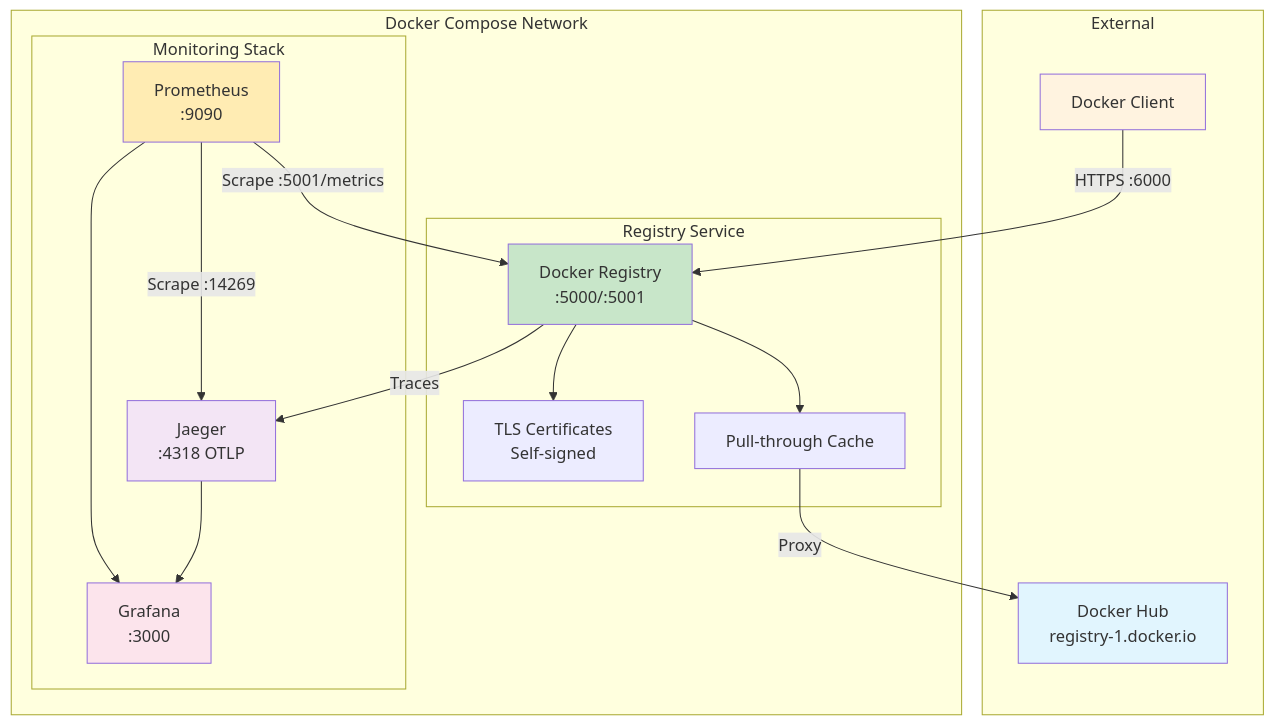
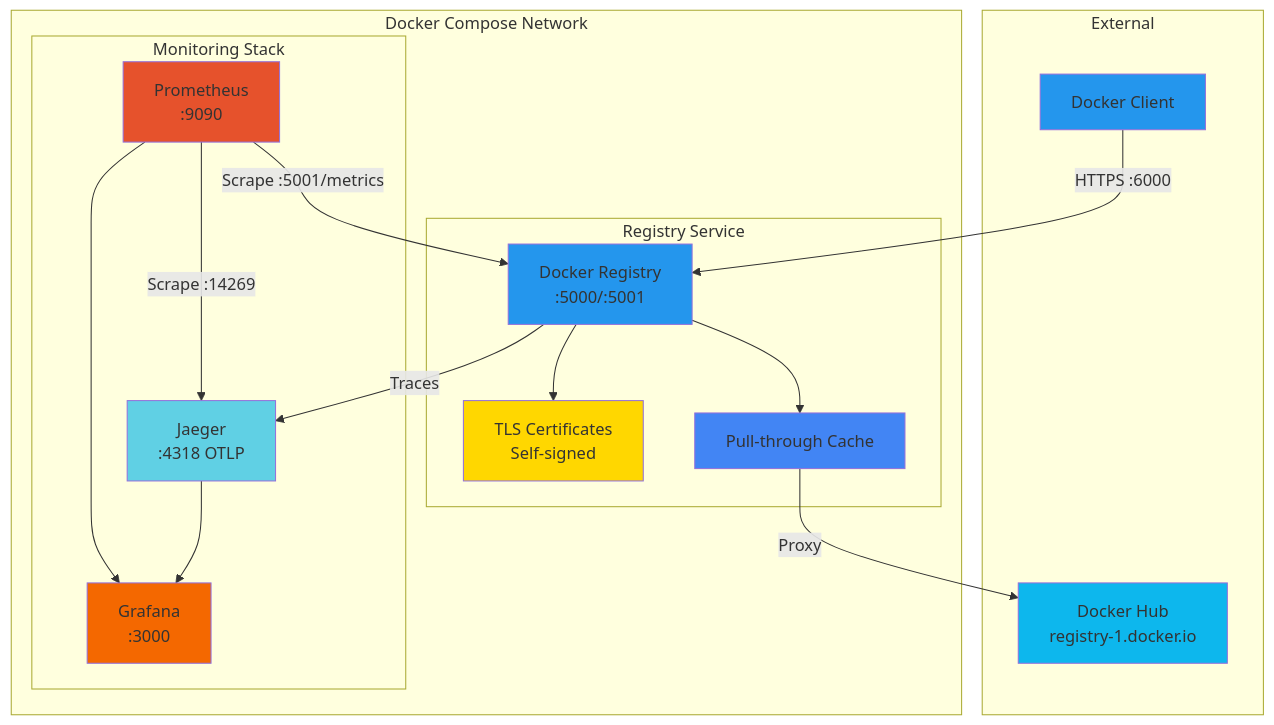
One commit to mkm29/registry changed the diagram in README.md. Above: the diagram before and after it, drawn with Mermaid.

Commit message:
update: enhance color styles in architecture diagram for better visibility

````diff
--- a/README.md
+++ b/README.md
@@ -17,40 +17,42 @@
 ```mermaid
 graph TB
     subgraph "External"
         DH[Docker Hub<br/>registry-1.docker.io]
         Client[Docker Client]
     end
     
     subgraph "Docker Compose Network"
         subgraph "Registry Service"
             Reg[Docker Registry<br/>:5000/:5001]
             TLS[TLS Certificates<br/>Self-signed]
             Cache[Pull-through Cache]
             
             Reg --> TLS
             Reg --> Cache
         end
         
         subgraph "Monitoring Stack"
             Jaeger[Jaeger<br/>:4318 OTLP]
             Prom[Prometheus<br/>:9090]
             Grafana[Grafana<br/>:3000]
             
             Prom --> Grafana
             Jaeger --> Grafana
         end
     end
     
     Client -->|HTTPS :6000| Reg
     Cache -->|Proxy| DH
     Reg -->|Traces| Jaeger
     Prom -->|Scrape :5001/metrics| Reg
     Prom -->|Scrape :14269| Jaeger
     
-    style DH fill:#e1f5fe
-    style Client fill:#fff3e0
-    style Reg fill:#c8e6c9
-    style Jaeger fill:#f3e5f5
-    style Prom fill:#ffecb3
-    style Grafana fill:#fce4ec
+    style DH fill:#0db7ed
+    style Client fill:#2496ed
+    style Reg fill:#2496ed
+    style Jaeger fill:#60d0e4
+    style Prom fill:#e6522c
+    style Grafana fill:#f46800
+    style TLS fill:#ffd700
+    style Cache fill:#4285f4
 ```
````
